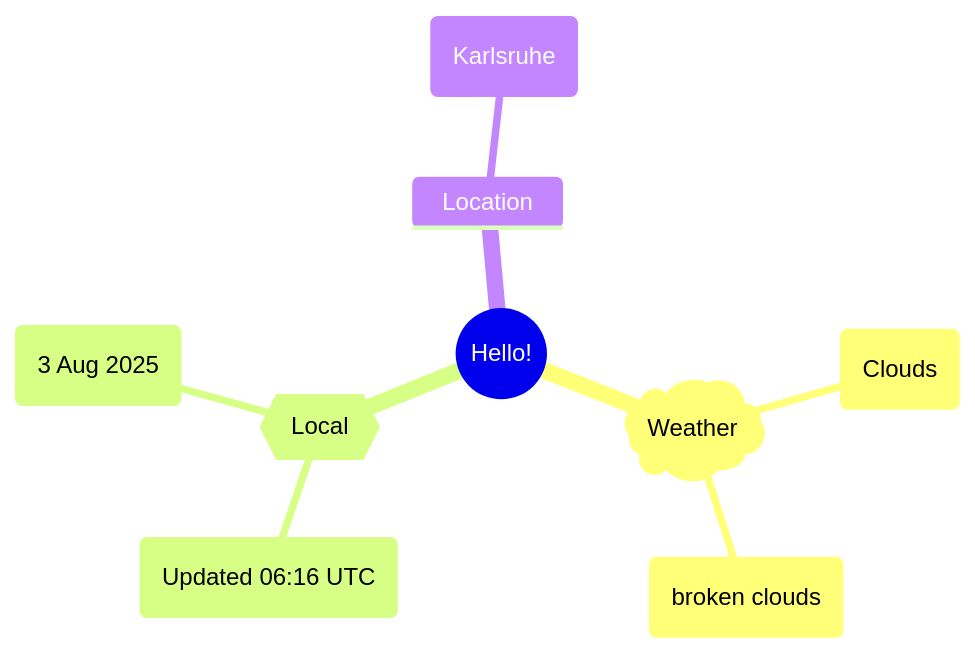
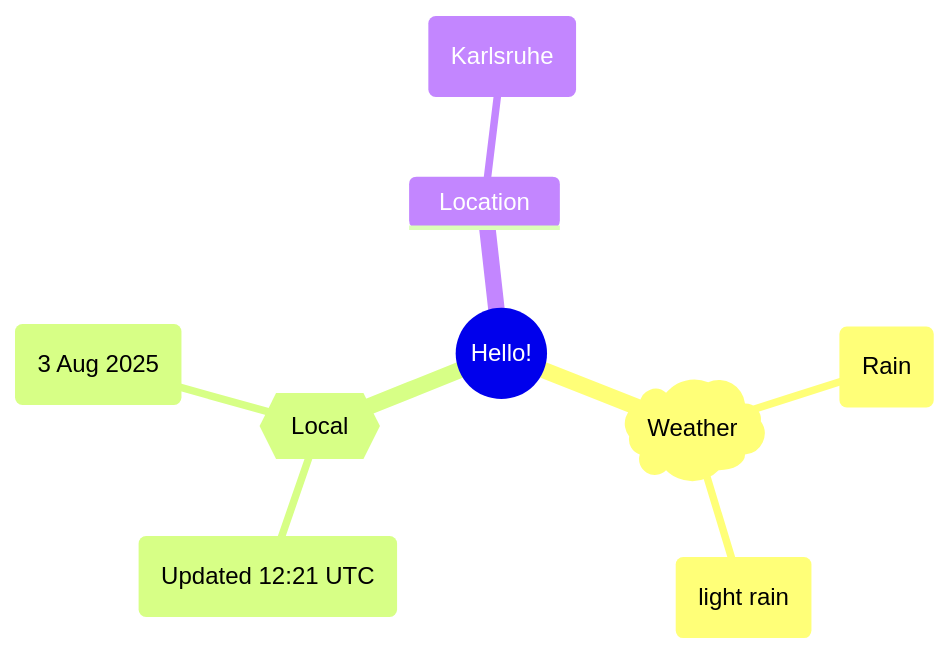
The first of 2 diagrams in README.md (Xosrov/Xosrov), drawn with Mermaid before and after one commit.

Commit message:
[bot] updated images

````diff
--- a/README.md
+++ b/README.md
@@ -3,12 +3,12 @@
 ```mermaid
 mindmap
   root((Hello!))
     )Weather(
-        (Clouds)
-        (broken clouds)
+        (Rain)
+        (light rain)
     {{Local}}
-        (Updated 06:16 UTC)
+        (Updated 12:21 UTC)
         (3 Aug 2025)
     Location
         (Karlsruhe)
 ```
````
